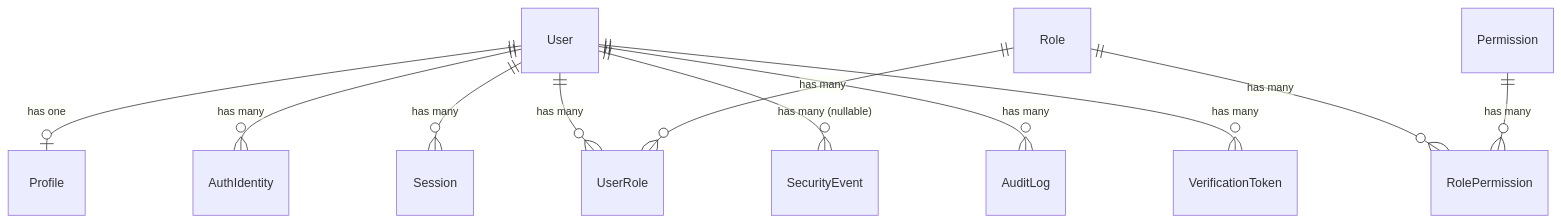
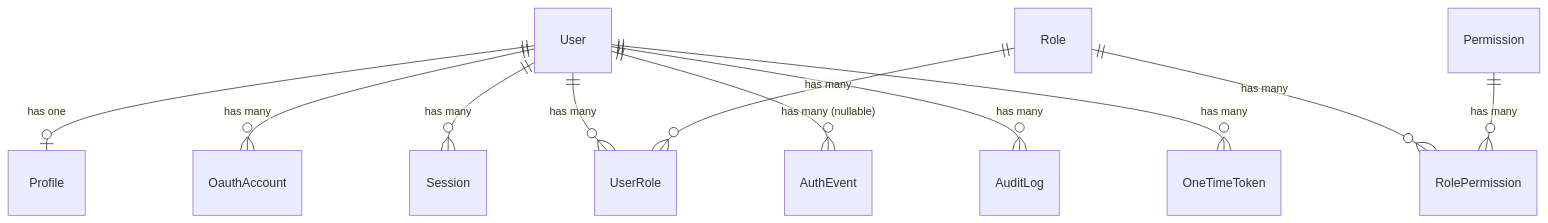
One commit to spnarkhede/career-excellence.de changed the tenth of 10 diagrams in docs/auth/ARCHITECTURE.md. Above: the diagram before and after it, drawn with Mermaid. The commit also changed other lines of this file and 37 other files, not shown here.

````diff
--- a/docs/auth/ARCHITECTURE.md
+++ b/docs/auth/ARCHITECTURE.md
@@ -471,13 +481,13 @@
 ```mermaid
 erDiagram
     User ||--o| Profile : "has one"
-    User ||--o{ AuthIdentity : "has many"
+    User ||--o{ OauthAccount : "has many"
     User ||--o{ Session : "has many"
     User ||--o{ UserRole : "has many"
     Role ||--o{ UserRole : "has many"
     Role ||--o{ RolePermission : "has many"
     Permission ||--o{ RolePermission : "has many"
-    User ||--o{ SecurityEvent : "has many (nullable)"
+    User ||--o{ AuthEvent : "has many (nullable)"
     User ||--o{ AuditLog : "has many"
-    User ||--o{ VerificationToken : "has many"
+    User ||--o{ OneTimeToken : "has many"
 ```
````
